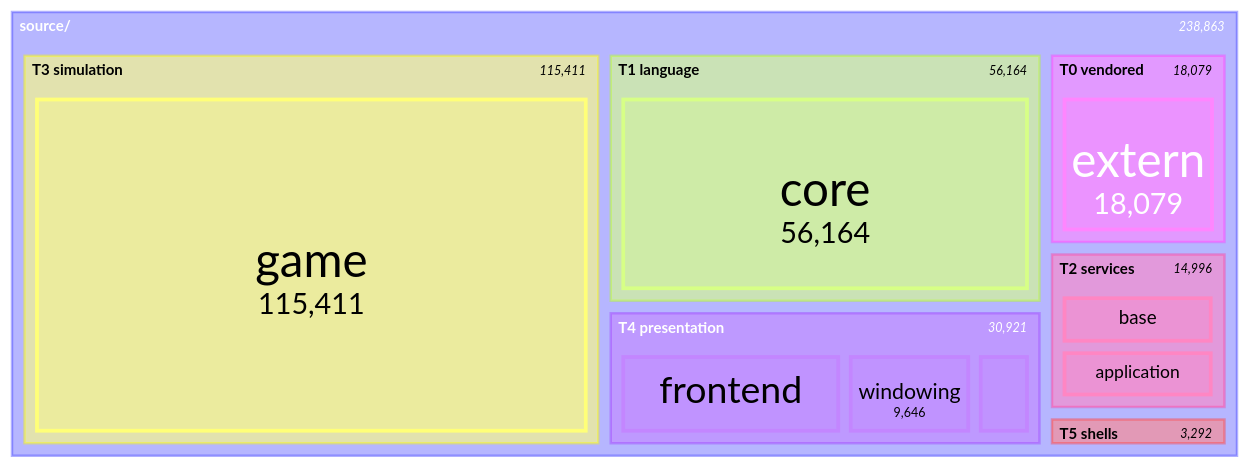
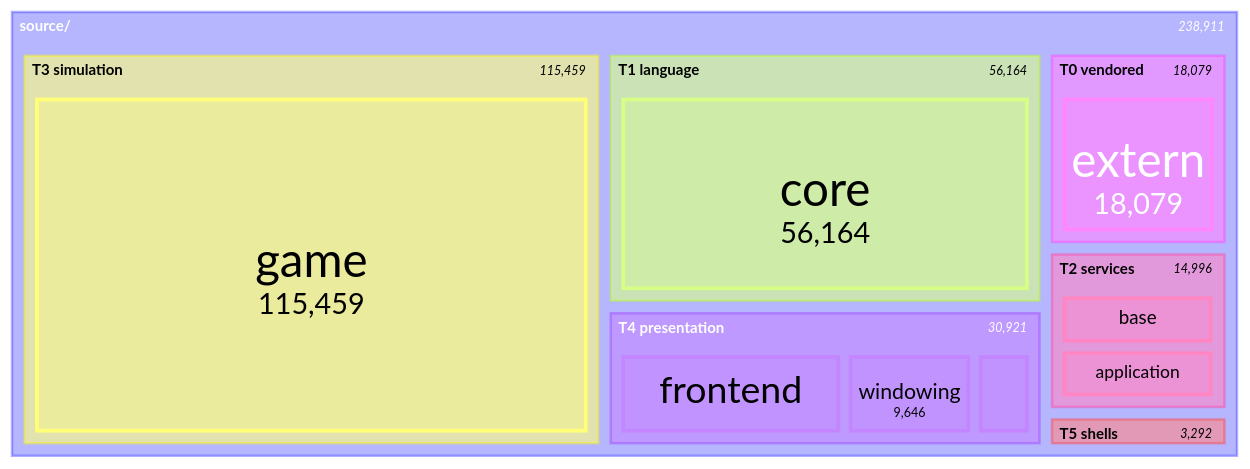
One commit to apnex/OpenStarbound changed the seventh of 11 diagrams in docs/architecture/system-boundaries.md. Above: the diagram before and after it, drawn with Mermaid. The commit also changed other lines of this file and 1 other file, not shown here.

````diff
--- a/docs/architecture/system-boundaries.md
+++ b/docs/architecture/system-boundaries.md
@@ -577,21 +577,21 @@
 ```mermaid
 treemap-beta
 "source/"
     "T0 vendored"
         "extern": 18079
     "T1 language"
         "core": 56164
     "T2 services"
         "base": 7464
         "application": 7390
         "platform": 142
     "T3 simulation"
-        "game": 115411
+        "game": 115459
     "T4 presentation"
         "frontend": 16861
         "windowing": 9646
         "rendering": 4414
     "T5 shells"
         "client": 2509
         "server": 783
 ```
````
